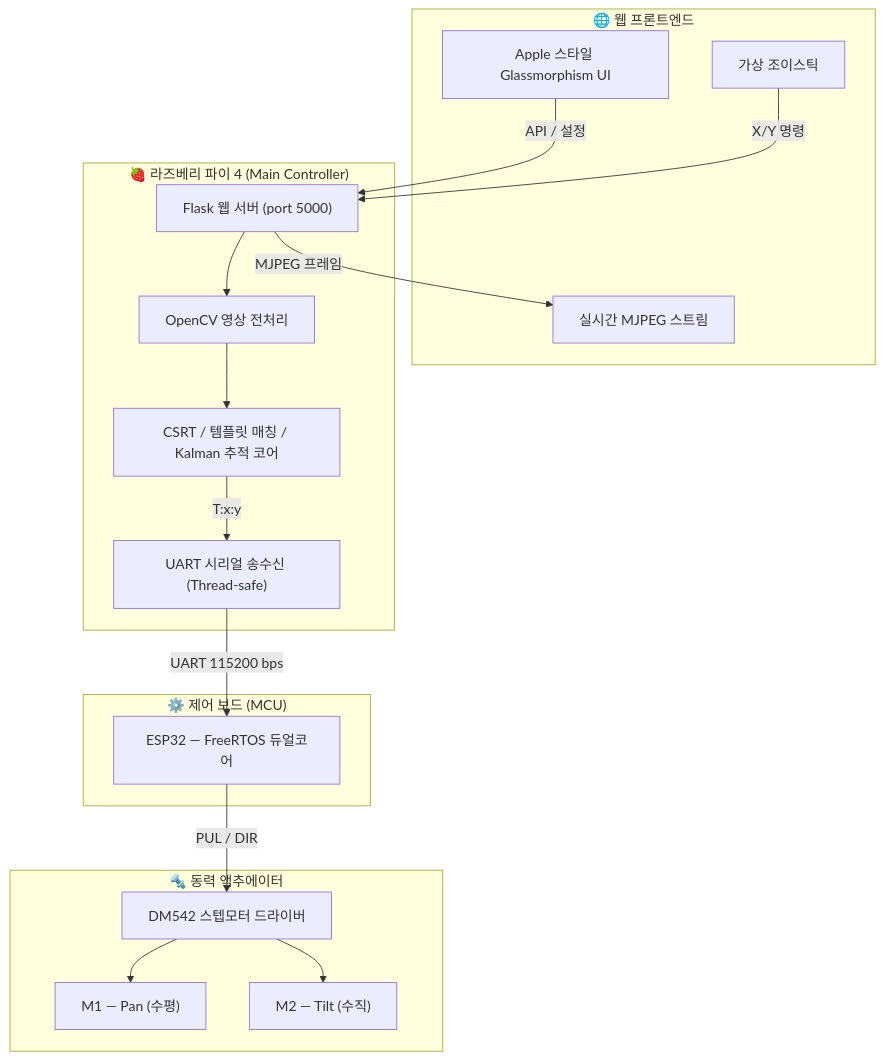
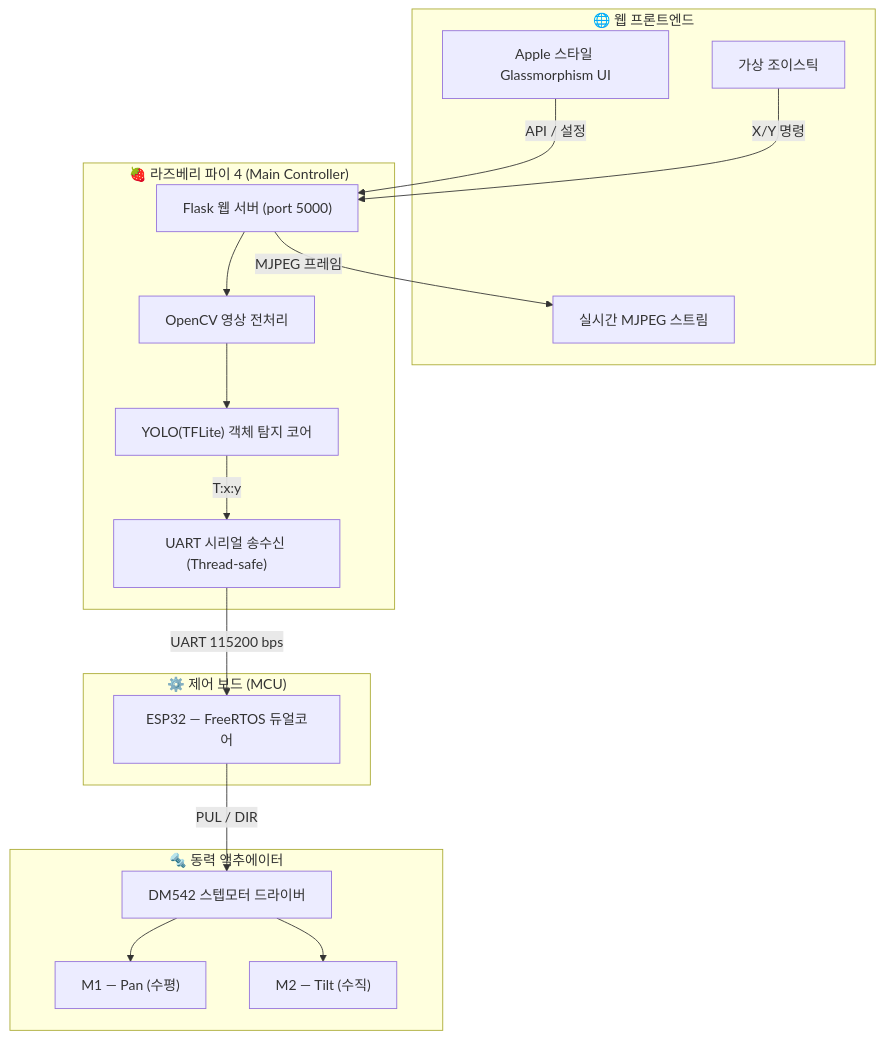
Before and after one commit to lsk0522/AI_vision_tracker: the first of 2 diagrams in README.md, drawn with Mermaid. The commit also changed other lines of this file and 67 other files, not shown here.

````diff
--- a/README.md
+++ b/README.md
@@ -77,35 +77,35 @@
 ```mermaid
 graph TD
     subgraph Web_Frontend ["🌐 웹 프론트엔드"]
         UI["Apple 스타일 Glassmorphism UI"]
         Joystick["가상 조이스틱"]
         Stream["실시간 MJPEG 스트림"]
     end
 
     subgraph Backend_Server ["🍓 라즈베리 파이 4 (Main Controller)"]
         Server["Flask 웹 서버 (port 5000)"]
         Vision["OpenCV 영상 전처리"]
-        Track["CSRT / 템플릿 매칭 / Kalman 추적 코어"]
+        Track["YOLO(TFLite) 객체 탐지 코어"]
         Serial["UART 시리얼 송수신 (Thread-safe)"]
     end
 
     subgraph MCU ["⚙️ 제어 보드 (MCU)"]
         ESP["ESP32 — FreeRTOS 듀얼코어"]
     end
 
     subgraph Motor ["🔩 동력 액추에이터"]
         Driver["DM542 스텝모터 드라이버"]
         M1["M1 — Pan (수평)"]
         M2["M2 — Tilt (수직)"]
     end
 
     UI -->|API / 설정| Server
     Joystick -->|X/Y 명령| Server
     Server -->|MJPEG 프레임| Stream
     Server --> Vision --> Track
     Track -->|T:x:y\n| Serial
     Serial -->|UART 115200 bps| ESP
     ESP -->|PUL / DIR| Driver
     Driver --> M1
     Driver --> M2
 ```
````
